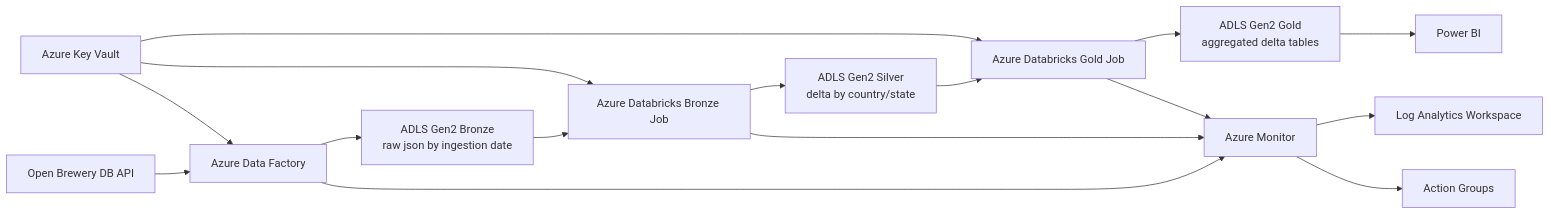
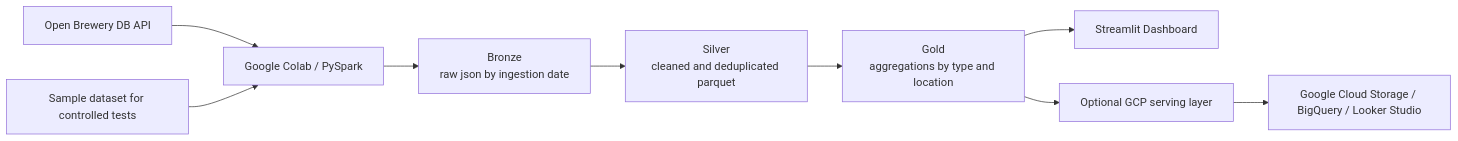
The diagram in docs/architecture.md (leorosp/bees-data-engineering-case), drawn with Mermaid before and after one commit. The commit also changed other lines of this file and 12 other files, not shown here.

Commit message:
Reposition project around Colab and GCP

````diff
--- a/docs/architecture.md
+++ b/docs/architecture.md
@@ -7,20 +7,12 @@
 ```mermaid
 flowchart LR
-    A["Open Brewery DB API"] --> B["Azure Data Factory"]
-    B --> C["ADLS Gen2 Bronze<br/>raw json by ingestion date"]
-    C --> D["Azure Databricks Bronze Job"]
-    D --> E["ADLS Gen2 Silver<br/>delta by country/state"]
-    E --> F["Azure Databricks Gold Job"]
-    F --> G["ADLS Gen2 Gold<br/>aggregated delta tables"]
-    G --> H["Power BI"]
+    A["Open Brewery DB API"] --> B["Google Colab / PySpark"]
+    Z["Sample dataset for controlled tests"] --> B
+    B --> C["Bronze<br/>raw json by ingestion date"]
+    C --> D["Silver<br/>cleaned and deduplicated parquet"]
+    D --> E["Gold<br/>aggregations by type and location"]
+    E --> F["Streamlit Dashboard"]
 
-    B --> I["Azure Monitor"]
-    D --> I
-    F --> I
-    I --> J["Log Analytics Workspace"]
-    I --> K["Action Groups"]
-
-    L["Azure Key Vault"] --> B
-    L --> D
-    L --> F
+    E --> G["Optional GCP serving layer"]
+    G --> H["Google Cloud Storage / BigQuery / Looker Studio"]
 ```
````
